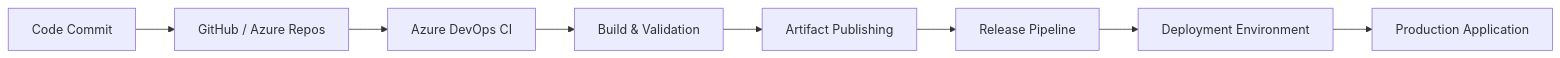
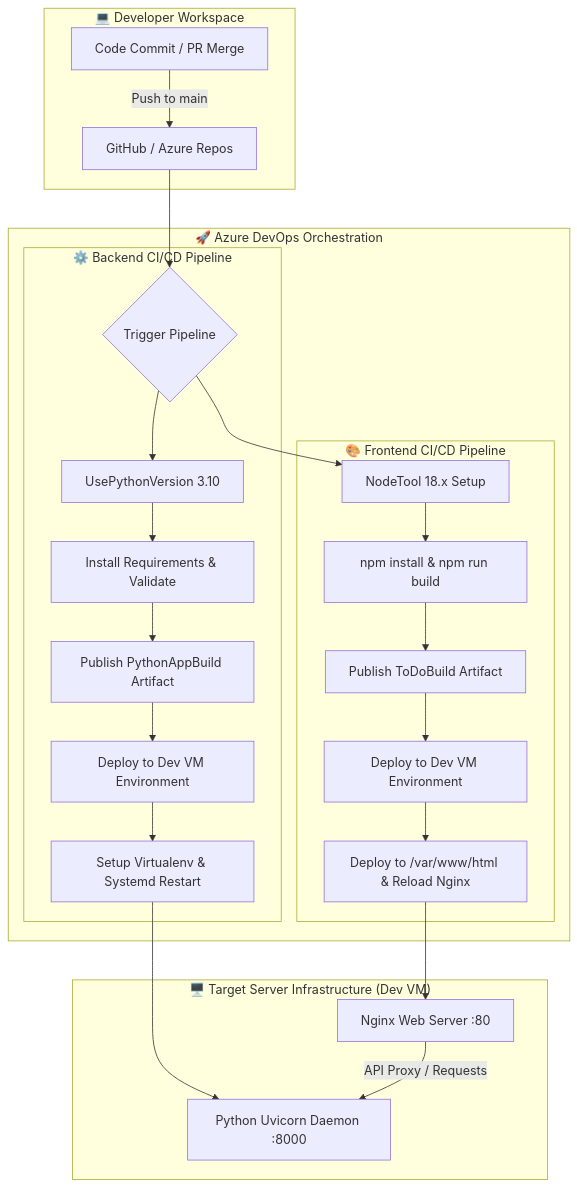
The diagram in README.md (Pjaisw1103/CICD-Deployment-Automation-Pipeline), drawn with Mermaid before and after one commit. The commit also changed other lines of this file and 4 other files, not shown here.

````diff
--- a/README.md
+++ b/README.md
@@ -191,18 +56,32 @@
 ```mermaid
-flowchart LR
+flowchart TB
+    subgraph Development ["💻 Developer Workspace"]
+        A[Code Commit / PR Merge] -->|Push to main| B[GitHub / Azure Repos]
+    end
 
-A[Code Commit]
---> B[GitHub / Azure Repos]
+    subgraph AzureDevOps ["🚀 Azure DevOps Orchestration"]
+        B --> C{Trigger Pipeline}
+        
+        subgraph BackendCI ["⚙️ Backend CI/CD Pipeline"]
+            C --> D1[UsePythonVersion 3.10]
+            D1 --> D2[Install Requirements & Validate]
+            D2 --> D3[Publish PythonAppBuild Artifact]
+            D3 --> D4[Deploy to Dev VM Environment]
+            D4 --> D5[Setup Virtualenv & Systemd Restart]
+        end
 
-B --> C[Azure DevOps CI]
+        subgraph FrontendCI ["🎨 Frontend CI/CD Pipeline"]
+            C --> E1[NodeTool 18.x Setup]
+            E1 --> E2[npm install & npm run build]
+            E2 --> E3[Publish ToDoBuild Artifact]
+            E3 --> E4[Deploy to Dev VM Environment]
+            E4 --> E5[Deploy to /var/www/html & Reload Nginx]
+        end
+    end
 
-C --> D[Build & Validation]
-
-D --> E[Artifact Publishing]
-
-E --> F[Release Pipeline]
-
-F --> G[Deployment Environment]
-
-G --> H[Production Application]
+    subgraph Infrastructure ["🖥️ Target Server Infrastructure (Dev VM)"]
+        D5 --> F1[Python Uvicorn Daemon :8000]
+        E5 --> F2[Nginx Web Server :80]
+        F2 -->|API Proxy / Requests| F1
+    end
 ```
````
